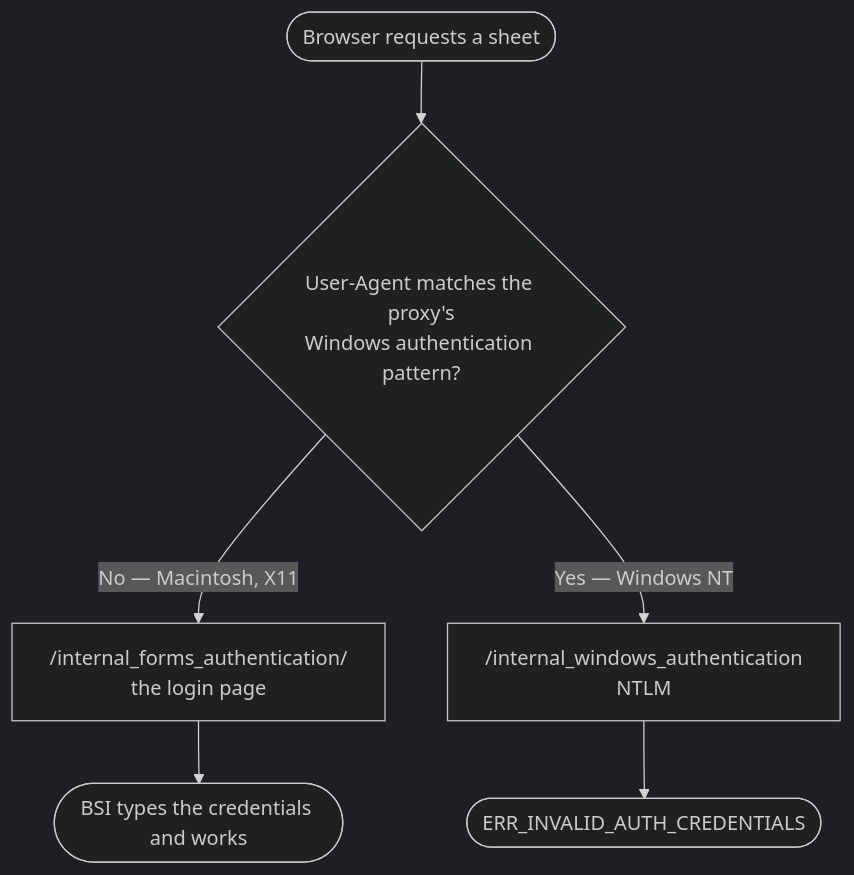
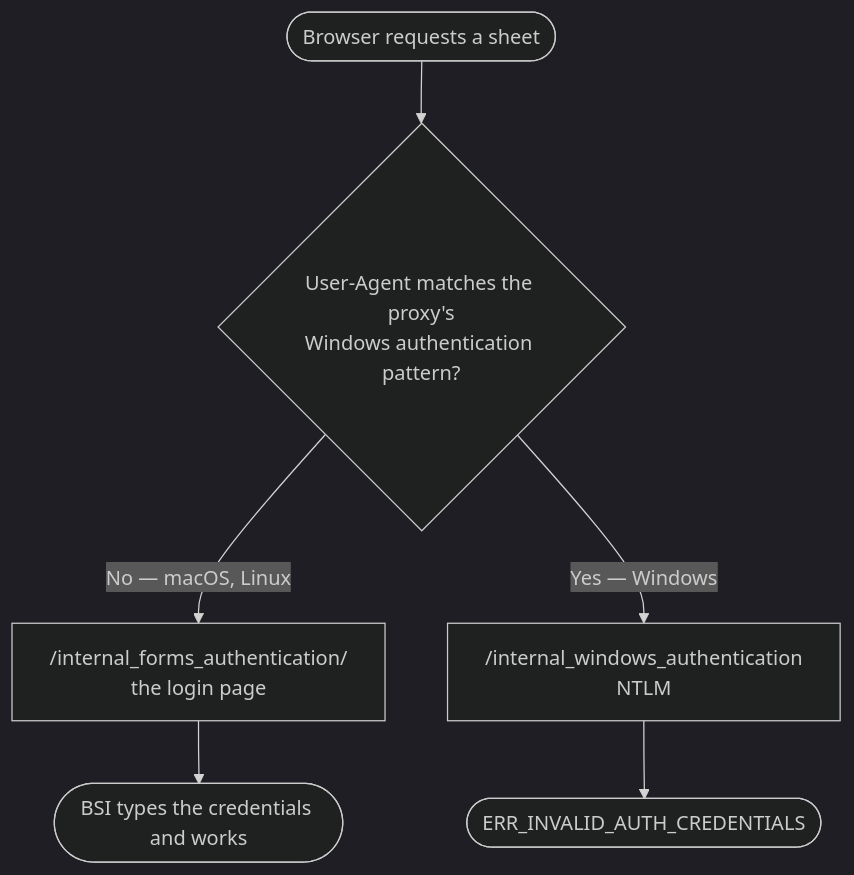
The diagram in docs/guide/troubleshooting.md (ptarmiganlabs/butler-sheet-icons-docs), drawn with Mermaid (dark theme) before and after one commit.

Commit message:
docs: name the platform macOS, not Macintosh
The User-Agent decision diagram labelled its branches "Macintosh, X11" —
User-Agent substrings used as if they were platform names. Nobody calls
the platform Macintosh. The branches now read "macOS, Linux" and
"Windows", which is what a reader is deciding between.

The table below the diagram still quotes `Macintosh; Intel Mac OS X`
verbatim, and has to: that column is headed "User-Agent contains", and
it is what the curl check on the same page tells you to send.

````diff
--- a/docs/guide/troubleshooting.md
+++ b/docs/guide/troubleshooting.md
@@ -326,8 +326,8 @@
 ```mermaid
 flowchart TD
     Start([Browser requests a sheet]) --> UA{"User-Agent matches the proxy's<br/>Windows authentication pattern?"}
-    UA -->|"No — Macintosh, X11"| Forms["/internal_forms_authentication/<br/>the login page"]
-    UA -->|"Yes — Windows NT"| NTLM["/internal_windows_authentication<br/>NTLM"]
+    UA -->|"No — macOS, Linux"| Forms["/internal_forms_authentication/<br/>the login page"]
+    UA -->|"Yes — Windows"| NTLM["/internal_windows_authentication<br/>NTLM"]
     Forms --> OK([BSI types the credentials and works])
     NTLM --> Fail([ERR_INVALID_AUTH_CREDENTIALS])
 ```
````
